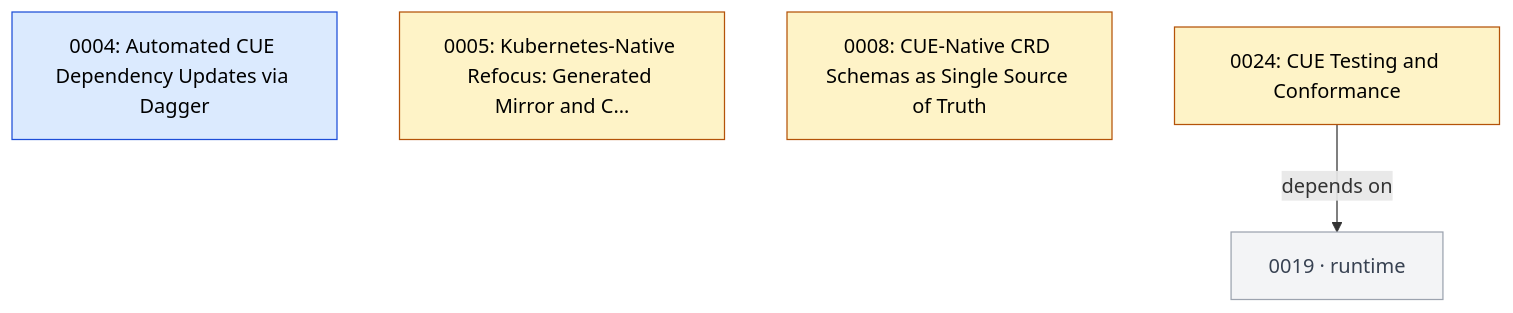
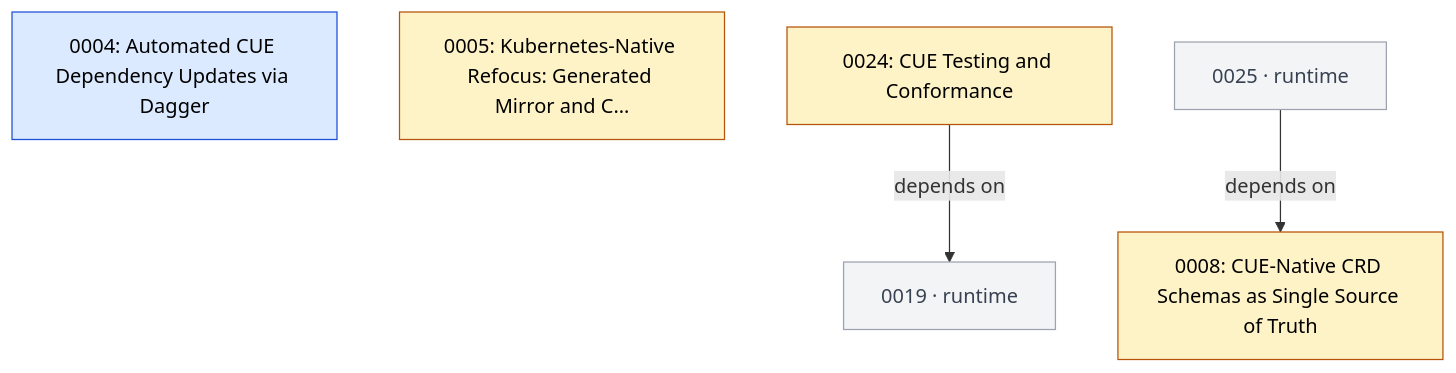
One commit to open-platform-model/enhancements changed the fifth of 7 diagrams in GRAPH.md. Above: the diagram before and after it, drawn with Mermaid. The commit also changed other lines of this file and 14 other files, not shown here.

````diff
--- a/GRAPH.md
+++ b/GRAPH.md
@@ -155,18 +168,20 @@
 ```mermaid
 graph TD
   classDef draft       fill:#fef3c7,stroke:#b45309,color:#000
   classDef accepted    fill:#dbeafe,stroke:#1d4ed8,color:#000
   classDef rejected    fill:#fee2e2,stroke:#b91c1c,color:#7f1d1d,stroke-dasharray:4 2
   classDef superseded  fill:#e5e7eb,stroke:#6b7280,color:#6b7280
   classDef legacy      fill:#fafafa,stroke:#9ca3af,color:#6b7280,stroke-dasharray:3 3
   classDef stub        fill:#f3f4f6,stroke:#9ca3af,color:#374151
   classDef category    fill:#ede9fe,stroke:#6d28d9,color:#000
 
   N0004["0004: Automated CUE Dependency Updates via Dagger"]:::accepted
   N0005["0005: Kubernetes-Native Refocus: Generated Mirror and C…"]:::draft
   N0008["0008: CUE-Native CRD Schemas as Single Source of Truth"]:::draft
   N0024["0024: CUE Testing and Conformance"]:::draft
   N0019["0019 · runtime"]:::stub
+  N0025["0025 · runtime"]:::stub
 
   N0024 -->|depends on| N0019
+  N0025 -->|depends on| N0008
 ```
````
